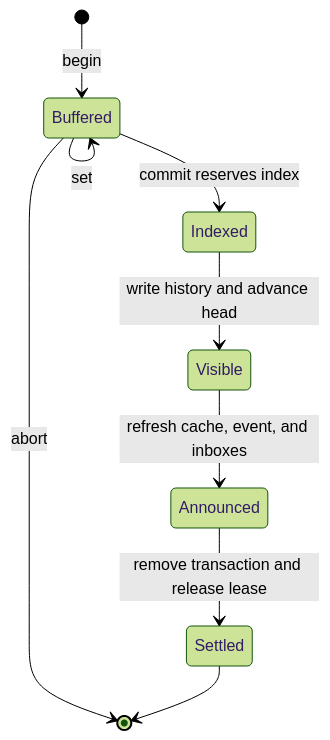
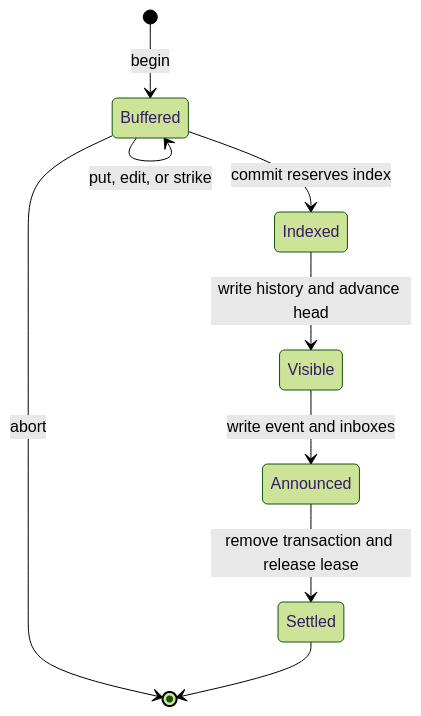
One commit to danlavee/Conductor changed the diagram in docs/design/state-model.md. Above: the diagram before and after it, drawn with Mermaid (forest theme). The commit also changed other lines of this file and 84 other files, not shown here.

````diff
--- a/docs/design/state-model.md
+++ b/docs/design/state-model.md
@@ -31,11 +31,11 @@
 ```mermaid
 stateDiagram-v2
     [*] --> Buffered: begin
-    Buffered --> Buffered: set
+    Buffered --> Buffered: put, edit, or strike
     Buffered --> [*]: abort
     Buffered --> Indexed: commit reserves index
     Indexed --> Visible: write history and advance head
-    Visible --> Announced: refresh cache, event, and inboxes
+    Visible --> Announced: write event and inboxes
     Announced --> Settled: remove transaction and release lease
     Settled --> [*]
 ```
````
